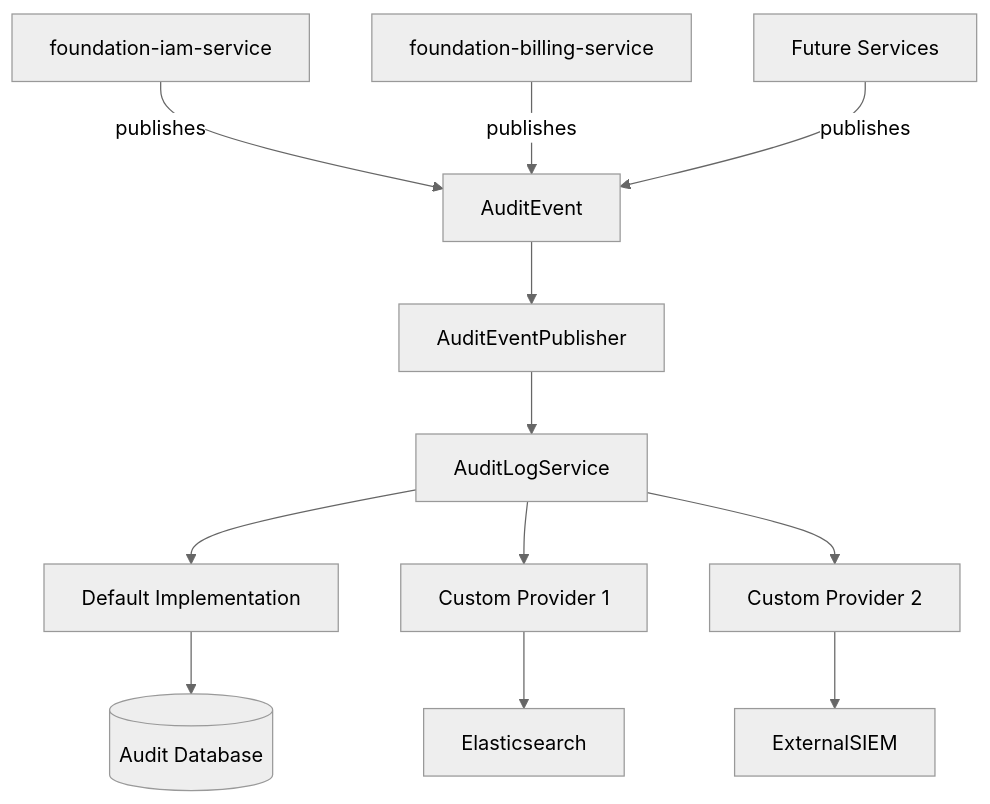
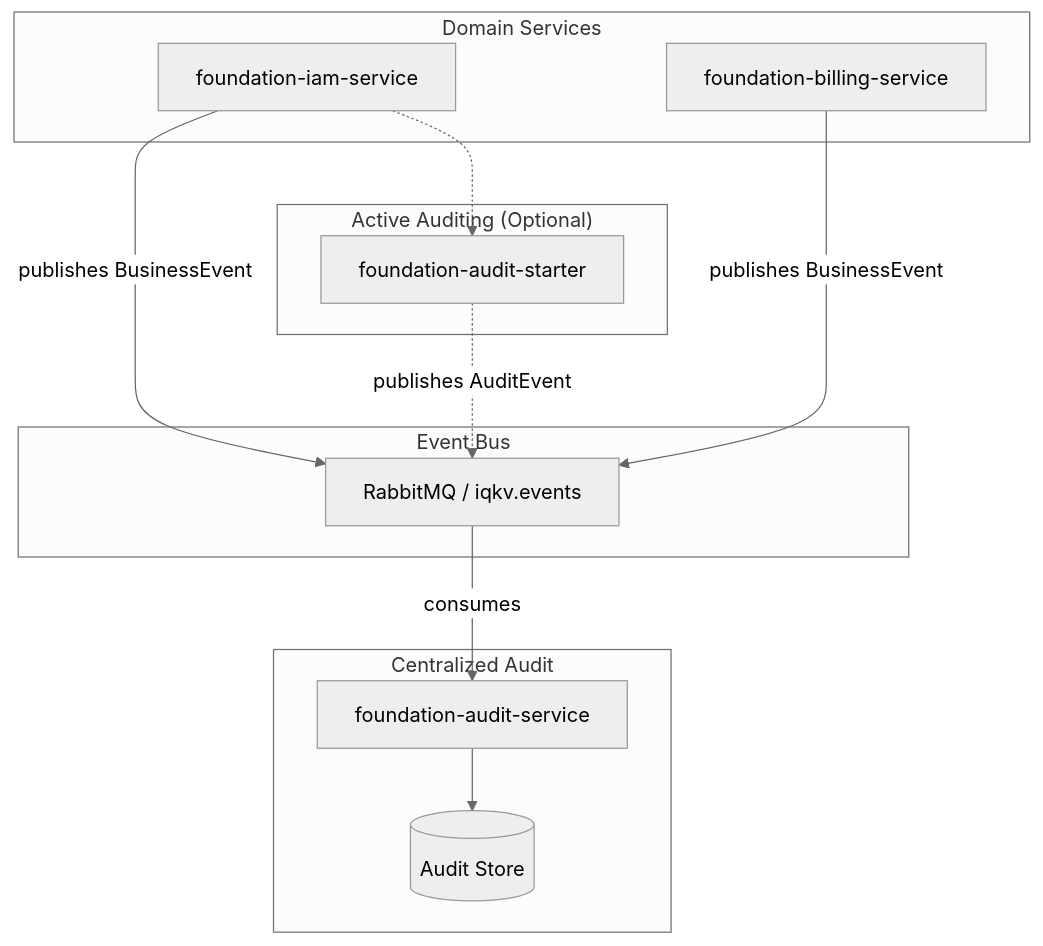
One commit to IQKV/system-design-documentation changed the diagram in docs/roadmap/07-discussion-extensible-audit-model.md. Above: the diagram before and after it, drawn with Mermaid (neutral theme). The commit also changed other lines of this file, not shown here.

First line of the commit message:
feat: 07-discussion-extensible-audit-model now reflects a Service-Centric Approach:

````diff
--- a/docs/roadmap/07-discussion-extensible-audit-model.md
+++ b/docs/roadmap/07-discussion-extensible-audit-model.md
@@ -26,17 +28,28 @@
 ```mermaid
 graph TD
-    IAM[foundation-iam-service] -->|publishes| AuditEvent
-    Billing[foundation-billing-service] -->|publishes| AuditEvent
-    Other[Future Services] -->|publishes| AuditEvent
+    subgraph "Domain Services"
+        IAM[foundation-iam-service]
+        Billing[foundation-billing-service]
+    end
+
+    subgraph "Event Bus"
+        EB[RabbitMQ / iqkv.events]
+    end
+
+    subgraph "Centralized Audit"
+        AS[foundation-audit-service]
+        Store[(Audit Store)]
+    end
+
+    IAM -->|publishes BusinessEvent| EB
+    Billing -->|publishes BusinessEvent| EB
     
-    AuditEvent --> AuditEventPublisher
-    AuditEventPublisher --> AuditLogService
+    EB -->|consumes| AS
+    AS --> Store
     
-    AuditLogService --> DefaultProvider[Default Implementation]
-    AuditLogService --> CustomProvider1[Custom Provider 1]
-    AuditLogService --> CustomProvider2[Custom Provider 2]
-    
-    DefaultProvider --> Database[(Audit Database)]
-    CustomProvider1 --> Elasticsearch
-    CustomProvider2 --> ExternalSIEM
+    subgraph "Active Auditing (Optional)"
+        Starter[foundation-audit-starter]
+        IAM -.-> Starter
+        Starter -.->|publishes AuditEvent| EB
+    end
 ```
````
